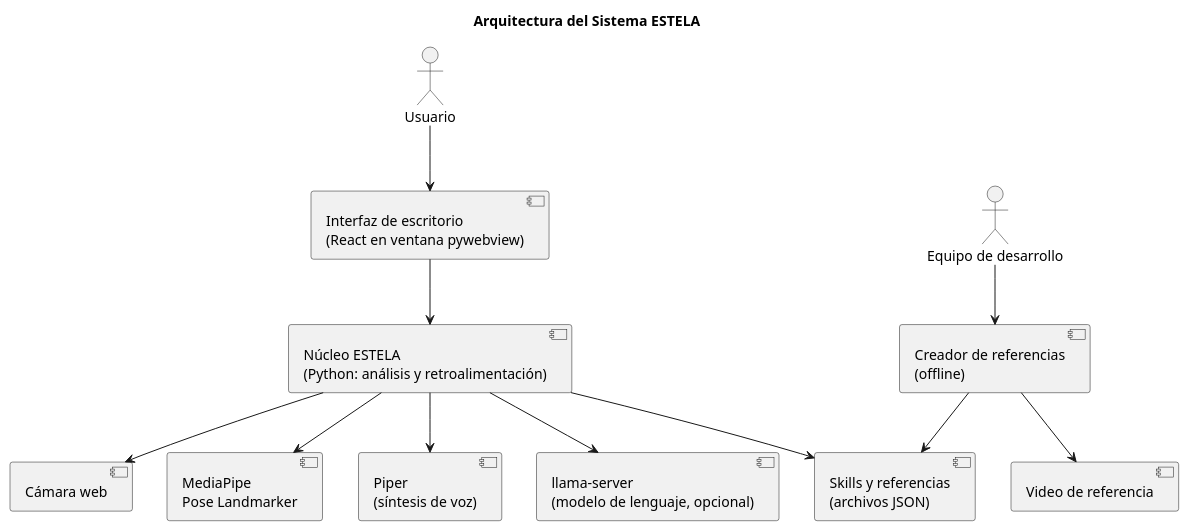
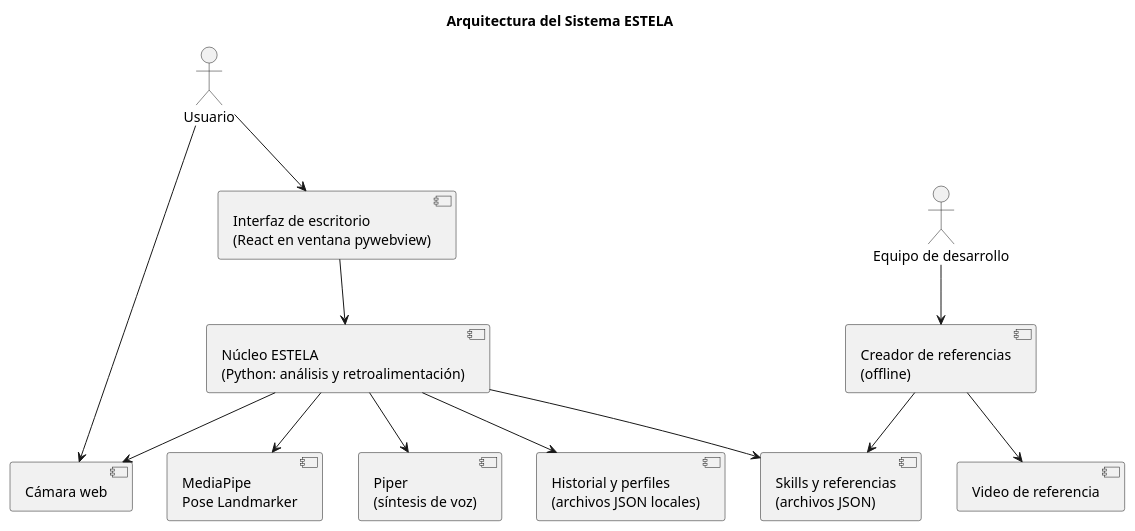
Before and after one commit to isaAJ05/ESTELA: the diagram in diagramas_estela_modelo_profe/test_diagrams/plantuml/arquitectura.wsd, drawn with PlantUML. The commit also changed 44 other files, not shown here.

First line of the commit message:
docs(diagramas): actualizar los diagramas de la rama test

```diff
--- a/diagramas_estela_modelo_profe/test_diagrams/plantuml/arquitectura.wsd
+++ b/diagramas_estela_modelo_profe/test_diagrams/plantuml/arquitectura.wsd
@@ -1,28 +1,32 @@
 @startuml
 title Arquitectura del Sistema ESTELA
 
 actor Usuario
 actor "Equipo de desarrollo" as Dev
 
 [Interfaz de escritorio\n(React en ventana pywebview)] as UI
 [Núcleo ESTELA\n(Python: análisis y retroalimentación)] as Core
 [Cámara web] as Cam
 [MediaPipe\nPose Landmarker] as MP
 [Piper\n(síntesis de voz)] as Piper
-[llama-server\n(modelo de lenguaje, opcional)] as LLM
+[Skills y referencias\n(archivos JSON)] as Skills
+[Historial y perfiles\n(archivos JSON locales)] as Hist
 [Creador de referencias\n(offline)] as CR
 [Video de referencia] as Vid
-[Skills y referencias\n(archivos JSON)] as Skills
 
 Usuario --> UI
+Usuario --> Cam
 UI --> Core
 Core --> Cam
 Core --> MP
 Core --> Piper
-Core --> LLM
 Core --> Skills
+Core --> Hist
 
 Dev --> CR
 CR --> Vid
 CR --> Skills
+' En test el LLM (llama-server) solo lo usa el banco de pruebas de EXP-001,
+' fuera del producto, y nunca se ha ejecutado: no se dibuja aquí. Sí aparece
+' en la versión completa (diagramas/definitivos/).
 @enduml
```
